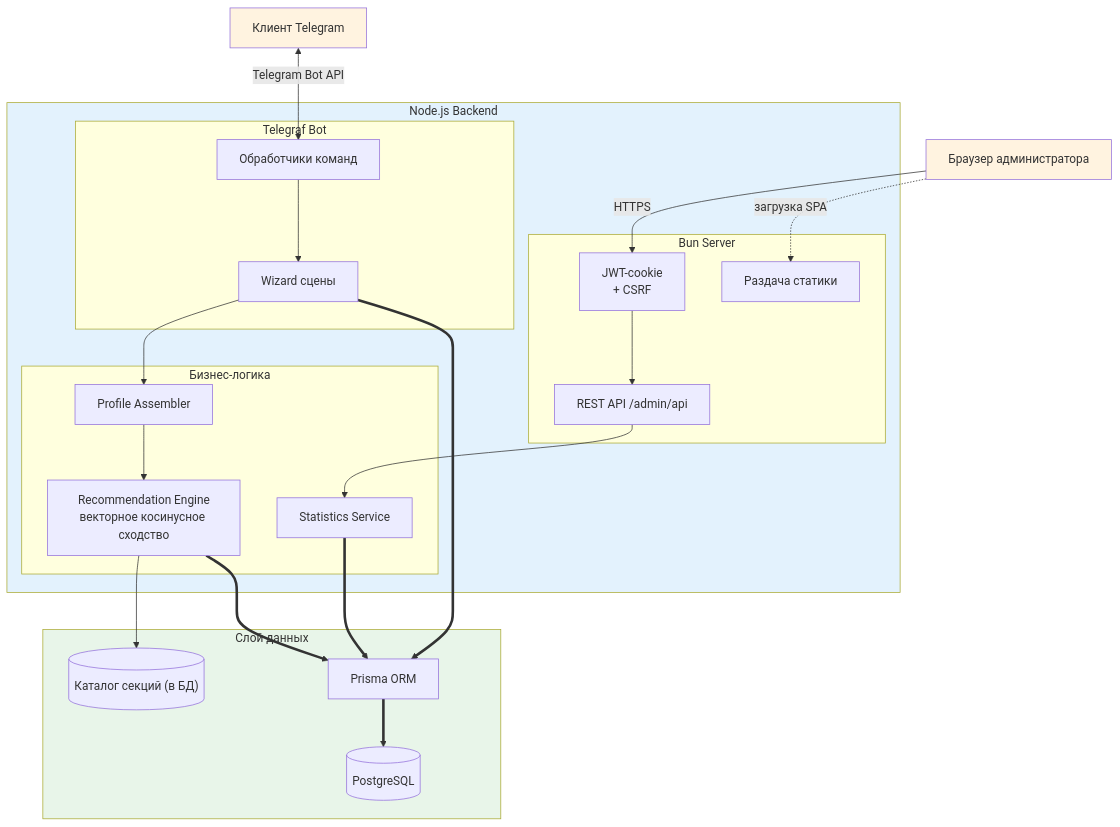
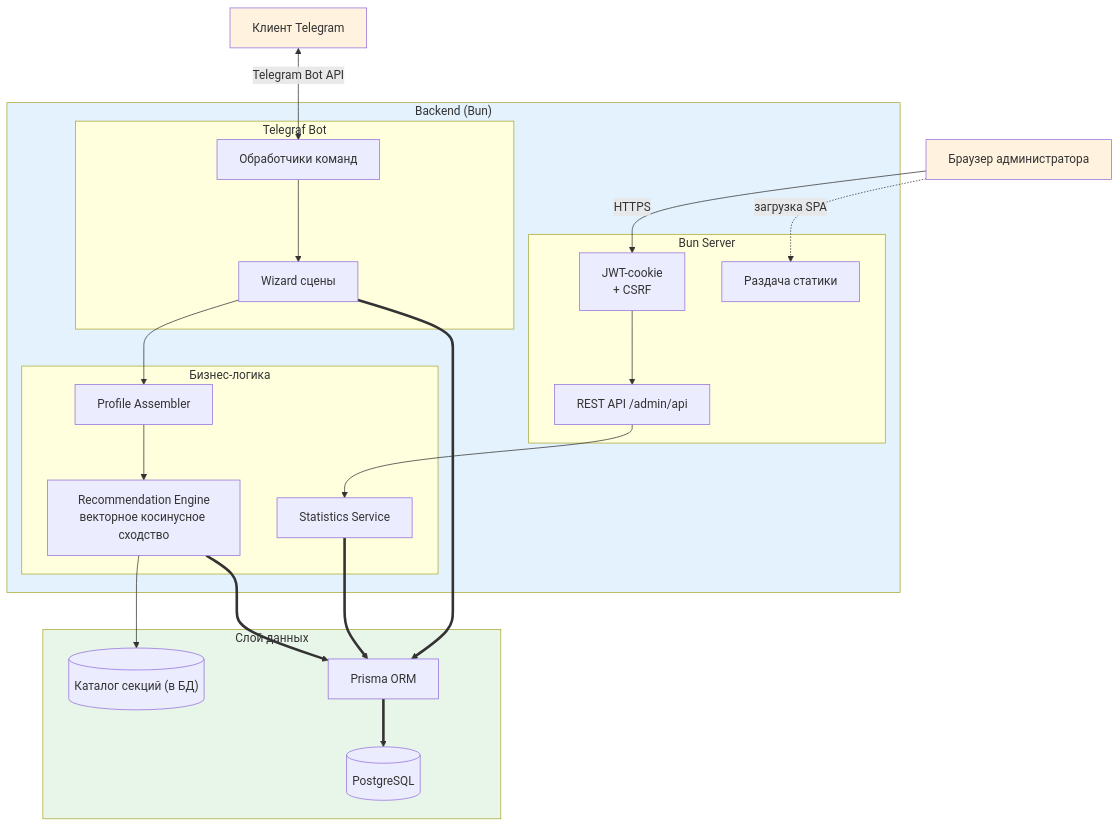
The first of 4 diagrams in docs/ARCHITECTURE.md (kotru21/bsuir), drawn with Mermaid before and after one commit. The commit also changed other lines of this file and 3 other files, not shown here.

First line of the commit message:
Update API docs and architecture, remove legacy docs

````diff
--- a/docs/ARCHITECTURE.md
+++ b/docs/ARCHITECTURE.md
@@ -18,52 +18,52 @@
 ```mermaid
 flowchart TB
    User["Клиент Telegram"]
    AdminBrowser["Браузер администратора"]
 
-   subgraph Backend["Node.js Backend"]
+   subgraph Backend["Backend (Bun)"]
       subgraph Telegraf["Telegraf Bot"]
          BotHandlers["Обработчики команд"]
          BotScenes["Wizard сцены"]
       end
 
       subgraph BunServer["Bun Server"]
          AdminAPI["REST API /admin/api"]
          StaticFiles["Раздача статики"]
          Sessions["JWT-cookie
  + CSRF"]
       end
 
       subgraph BusinessLogic["Бизнес-логика"]
          RecEngine["Recommendation Engine<br/>векторное косинусное сходство"]
          ProfileAssembler["Profile Assembler"]
          StatService["Statistics Service"]
       end
    end
 
    subgraph Data["Слой данных"]
       Prisma["Prisma ORM"]
       DB[(PostgreSQL)]
       Catalog[("Каталог секций (в БД)")]
    end
 
    User <-->|Telegram Bot API| BotHandlers
    BotHandlers --> BotScenes
    BotScenes --> ProfileAssembler
    ProfileAssembler --> RecEngine
 
    AdminBrowser -->|HTTPS| Sessions
    Sessions --> AdminAPI
    AdminBrowser -.->|загрузка SPA| StaticFiles
 
    AdminAPI --> StatService
    RecEngine --> Catalog
    RecEngine ==> Prisma
    BotScenes ==> Prisma
    StatService ==> Prisma
    Prisma ==> DB
 
    style Backend fill:#e3f2fd
    style Data fill:#e8f5e9
    style User fill:#fff3e0
    style AdminBrowser fill:#fff3e0
 ```
````
